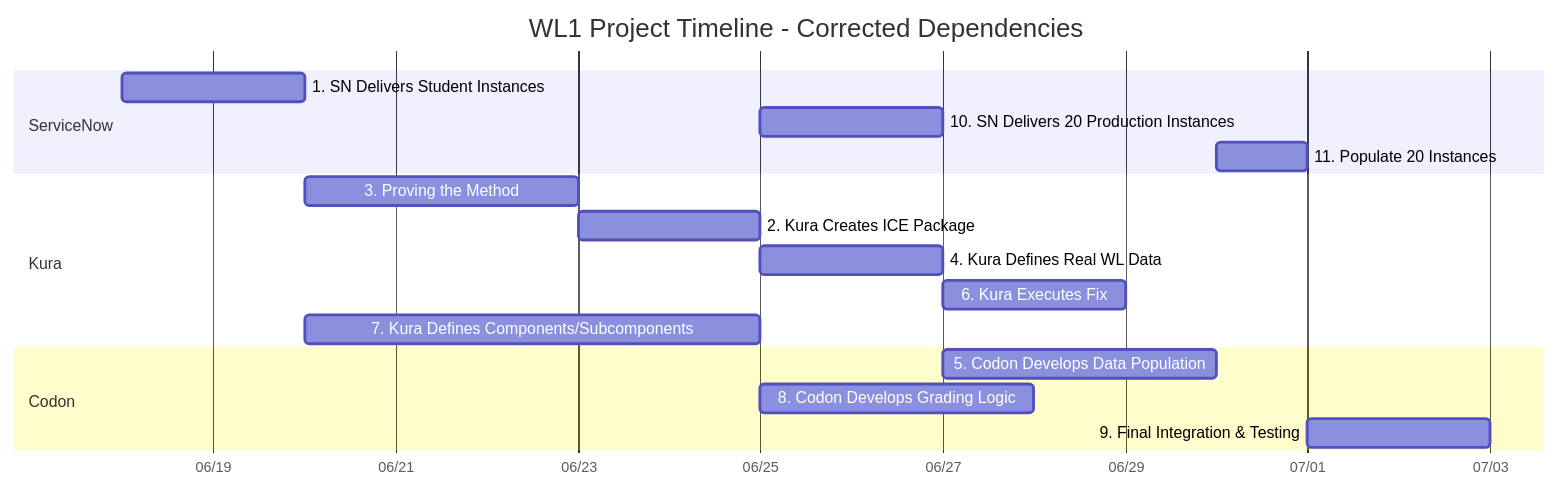
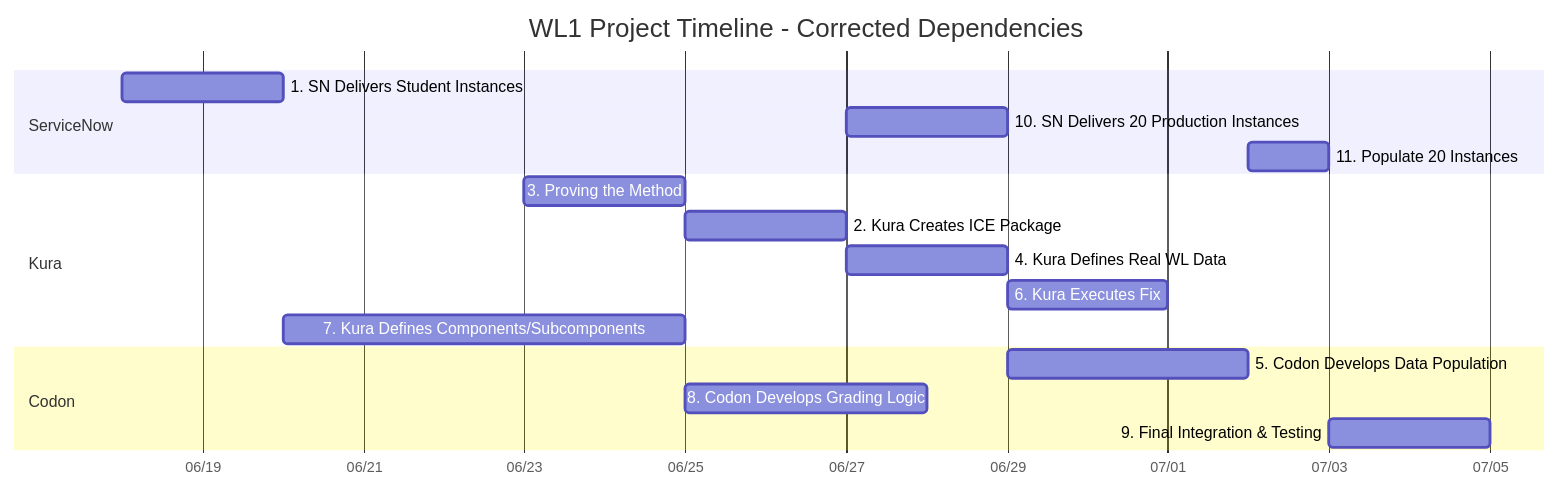
Before and after one commit to elmorenox/wl1_mermaid: the diagram in readme.md, drawn with Mermaid. The commit also changed other lines of this file, not shown here.

````diff
--- a/readme.md
+++ b/readme.md
@@ -5,23 +5,23 @@
 ```mermaid
 gantt
     title WL1 Project Timeline - Corrected Dependencies
     dateFormat YYYY-MM-DD
     axisFormat %m/%d
     
     section ServiceNow
     1. SN Delivers Student Instances      :sn1, 2025-06-18, 2025-06-20
     10. SN Delivers 20 Production Instances :sn10, after k2, 2d
     11. Populate 20 Instances             :sn11, after c5, 1d
     
     section Kura
-    3. Proving the Method                 :k3, after sn1, 3d
+    3. Proving the Method                 :k3, 2025-06-23, 2025-06-25
     2. Kura Creates ICE Package           :k2, after k3, 2d
     4. Kura Defines Real WL Data          :k4, after k2, 2d
     6. Kura Executes Fix                  :k6, after k4, 2d
     7. Kura Defines Components/Subcomponents :k7, 2025-06-20, 2025-06-25
     
     section Codon
     5. Codon Develops Data Population     :c5, after k4, 3d
     8. Codon Develops Grading Logic       :c8, after k7, 3d
     9. Final Integration & Testing        :c9, after sn11 c8 k6, 2d
 ```
````
